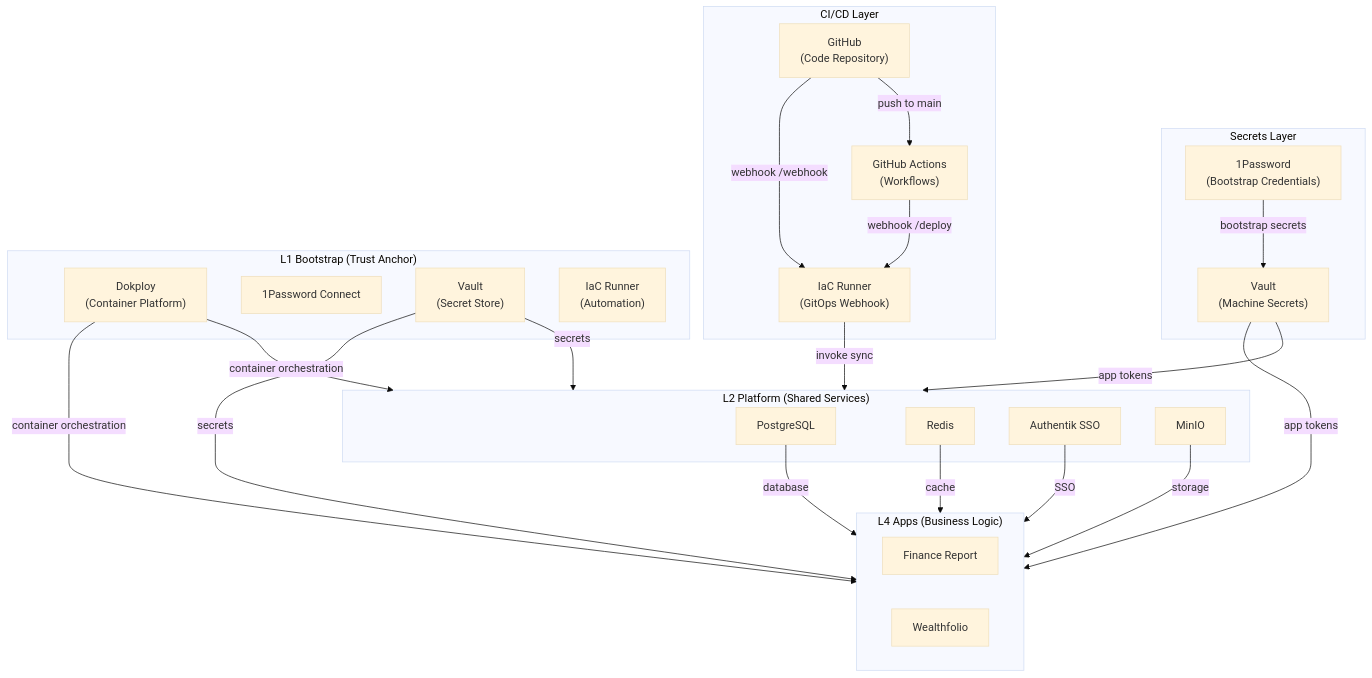
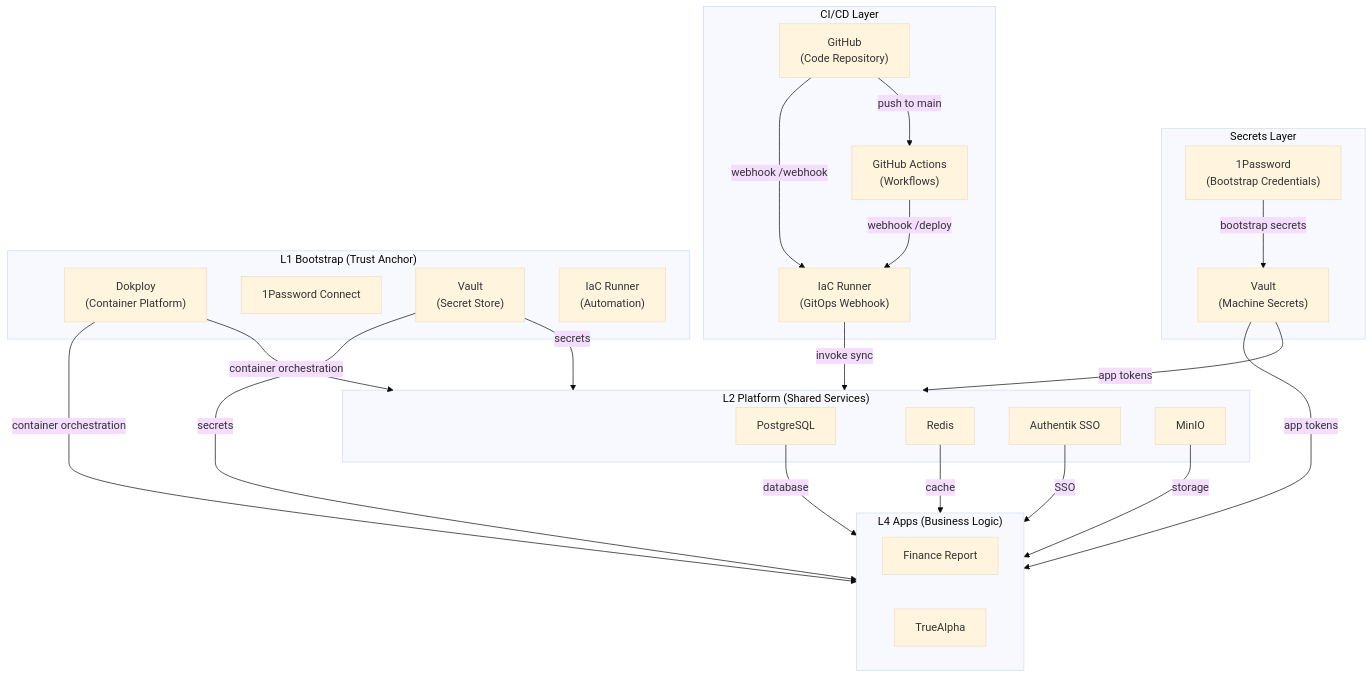
One commit to wangzitian0/infra2 changed the first of 2 diagrams in docs/ssot/core.md. Above: the diagram before and after it, drawn with Mermaid (base theme). The commit also changed 30 other files, not shown here.

````diff
--- a/docs/ssot/core.md
+++ b/docs/ssot/core.md
@@ -34,55 +34,55 @@
 ```mermaid
 flowchart TB
     subgraph Secrets["Secrets Layer"]
         OP["1Password<br/>(Bootstrap Credentials)"]
         Vault["Vault<br/>(Machine Secrets)"]
     end
 
     subgraph CI["CI/CD Layer"]
         GitHub["GitHub<br/>(Code Repository)"]
         Actions["GitHub Actions<br/>(Workflows)"]
         IaCRunner["IaC Runner<br/>(GitOps Webhook)"]
     end
 
     subgraph Bootstrap["L1 Bootstrap (Trust Anchor)"]
         Dokploy["Dokploy<br/>(Container Platform)"]
         OP1["1Password Connect"]
         Vault1["Vault<br/>(Secret Store)"]
         IaC["IaC Runner<br/>(Automation)"]
     end
 
     subgraph Platform["L2 Platform (Shared Services)"]
         PG["PostgreSQL"]
         Redis["Redis"]
         Authentik["Authentik SSO"]
         MinIO["MinIO"]
     end
 
     subgraph Apps["L4 Apps (Business Logic)"]
         FinanceReport["Finance Report"]
-        Wealthfolio["Wealthfolio"]
+        TrueAlpha["TrueAlpha"]
     end
 
     %% Secrets flow
     OP -->|bootstrap secrets| Vault
     Vault -->|app tokens| Platform
     Vault -->|app tokens| Apps
 
     %% CI/CD flow
     GitHub -->|push to main| Actions
     Actions -->|webhook /deploy| IaCRunner
     GitHub -->|webhook /webhook| IaCRunner
     IaCRunner -->|invoke sync| Platform
 
     %% Bootstrap provides
     Dokploy -->|container orchestration| Platform
     Dokploy -->|container orchestration| Apps
     Vault1 -->|secrets| Platform
     Vault1 -->|secrets| Apps
 
     %% Platform provides
     PG -->|database| Apps
     Redis -->|cache| Apps
     Authentik -->|SSO| Apps
     MinIO -->|storage| Apps
 ```
````
